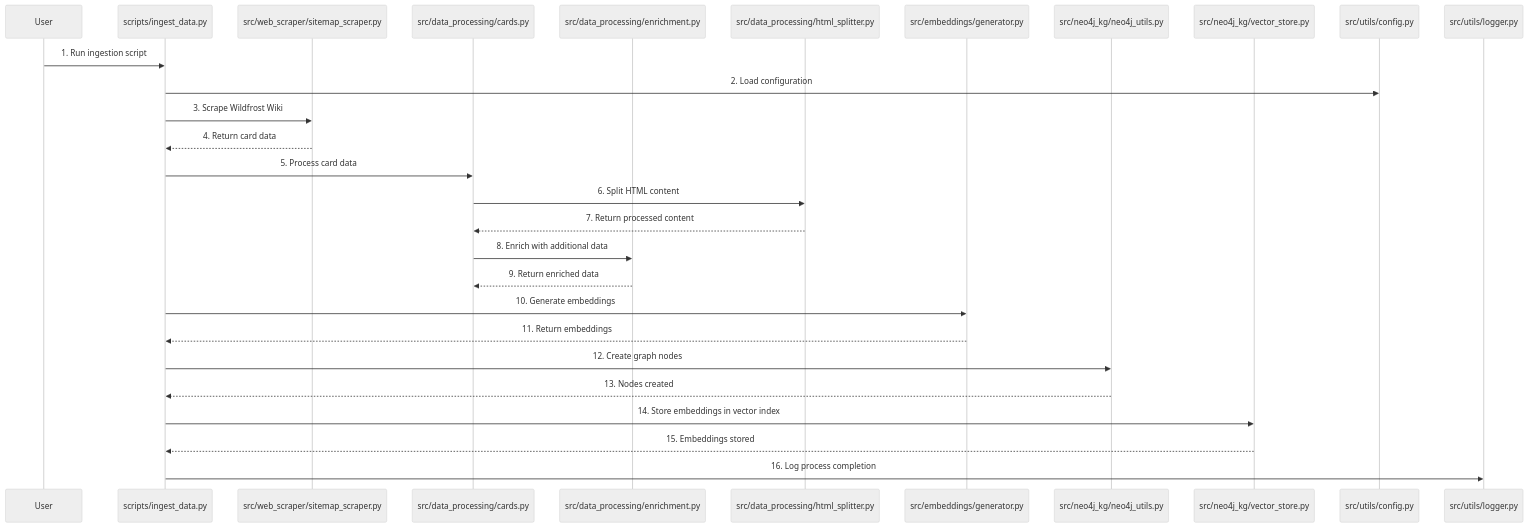
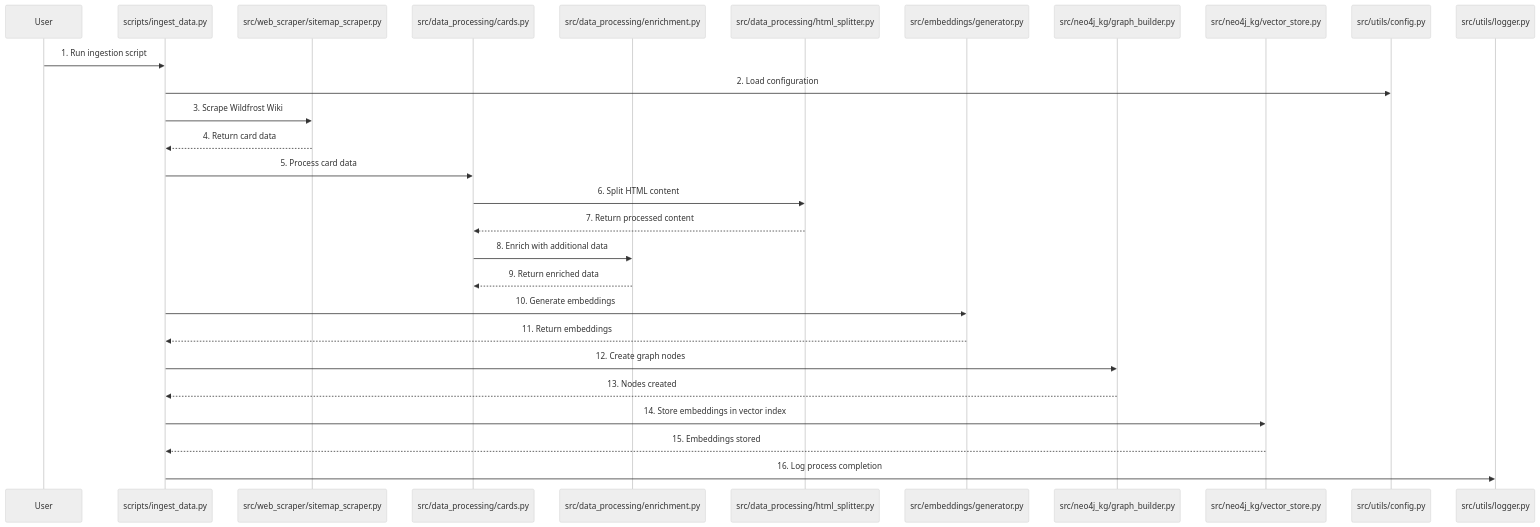
One commit to LakhvirMadhar/WildFrostRAG changed the diagram in docs/data_ingestion_process.md. Above: the diagram before and after it, drawn with Mermaid (neutral theme). The commit also changed 15 other files, not shown here.

First line of the commit message:
Refactor: Split neo4j_utils.py god module into domain modules + extract scraping package

````diff
--- a/docs/data_ingestion_process.md
+++ b/docs/data_ingestion_process.md
@@ -5,31 +5,31 @@
 ```mermaid
 sequenceDiagram
     participant User
     participant IngestScript as scripts/ingest_data.py
     participant WikiScraper as src/web_scraper/sitemap_scraper.py
     participant Cards as src/data_processing/cards.py
     participant Enrichment as src/data_processing/enrichment.py
     participant HTMLSplitter as src/data_processing/html_splitter.py
     participant EmbedGen as src/embeddings/generator.py
-    participant Neo4jUtils as src/neo4j_kg/neo4j_utils.py
+    participant GraphBuilder as src/neo4j_kg/graph_builder.py
     participant VectorStore as src/neo4j_kg/vector_store.py
     participant Config as src/utils/config.py
     participant Logger as src/utils/logger.py
 
     User->>IngestScript: 1. Run ingestion script
     IngestScript->>Config: 2. Load configuration
     IngestScript->>WikiScraper: 3. Scrape Wildfrost Wiki
     WikiScraper-->>IngestScript: 4. Return card data
     IngestScript->>Cards: 5. Process card data
     Cards->>HTMLSplitter: 6. Split HTML content
     HTMLSplitter-->>Cards: 7. Return processed content
     Cards->>Enrichment: 8. Enrich with additional data
     Enrichment-->>Cards: 9. Return enriched data
     IngestScript->>EmbedGen: 10. Generate embeddings
     EmbedGen-->>IngestScript: 11. Return embeddings
-    IngestScript->>Neo4jUtils: 12. Create graph nodes
-    Neo4jUtils-->>IngestScript: 13. Nodes created
+    IngestScript->>GraphBuilder: 12. Create graph nodes
+    GraphBuilder-->>IngestScript: 13. Nodes created
     IngestScript->>VectorStore: 14. Store embeddings in vector index
     VectorStore-->>IngestScript: 15. Embeddings stored
     IngestScript->>Logger: 16. Log process completion
 ```
````
